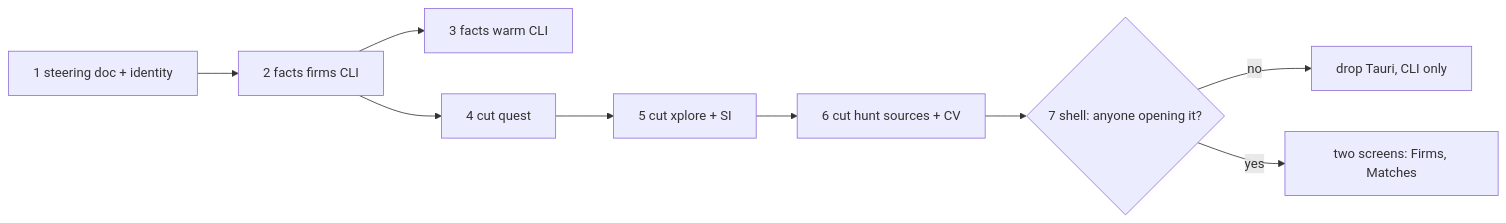
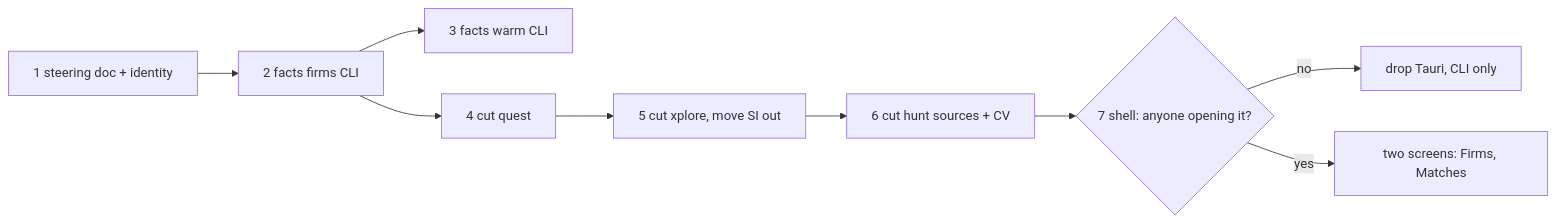
Before and after one commit to p10ns11y/collab-finder: the fourth of 4 diagrams in docs/STEERING.md, drawn with Mermaid. The commit also changed other lines of this file, not shown here.

Commit message:
docs(steering): SI code works; move it to Ensembly/Kanithanj instead of calling it fake

````diff
--- a/docs/STEERING.md
+++ b/docs/STEERING.md
@@ -75,10 +75,10 @@
 ```mermaid
 flowchart LR
   A[1 steering doc + identity] --> B[2 facts firms CLI] --> C[3 facts warm CLI]
   B --> D[4 cut quest]
-  D --> E[5 cut xplore + SI]
+  D --> E[5 cut xplore, move SI out]
   E --> F[6 cut hunt sources + CV]
   F --> G{7 shell: anyone opening it?}
   G -->|no| H[drop Tauri, CLI only]
   G -->|yes| I[two screens: Firms, Matches]
 ```
````
